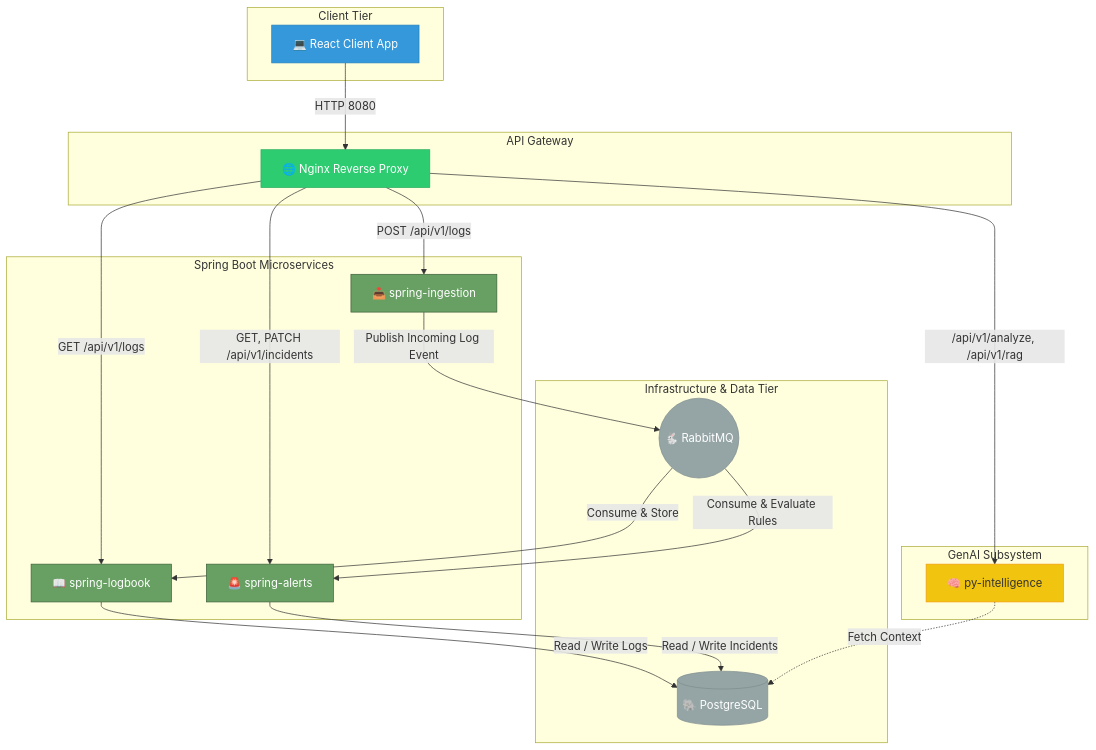
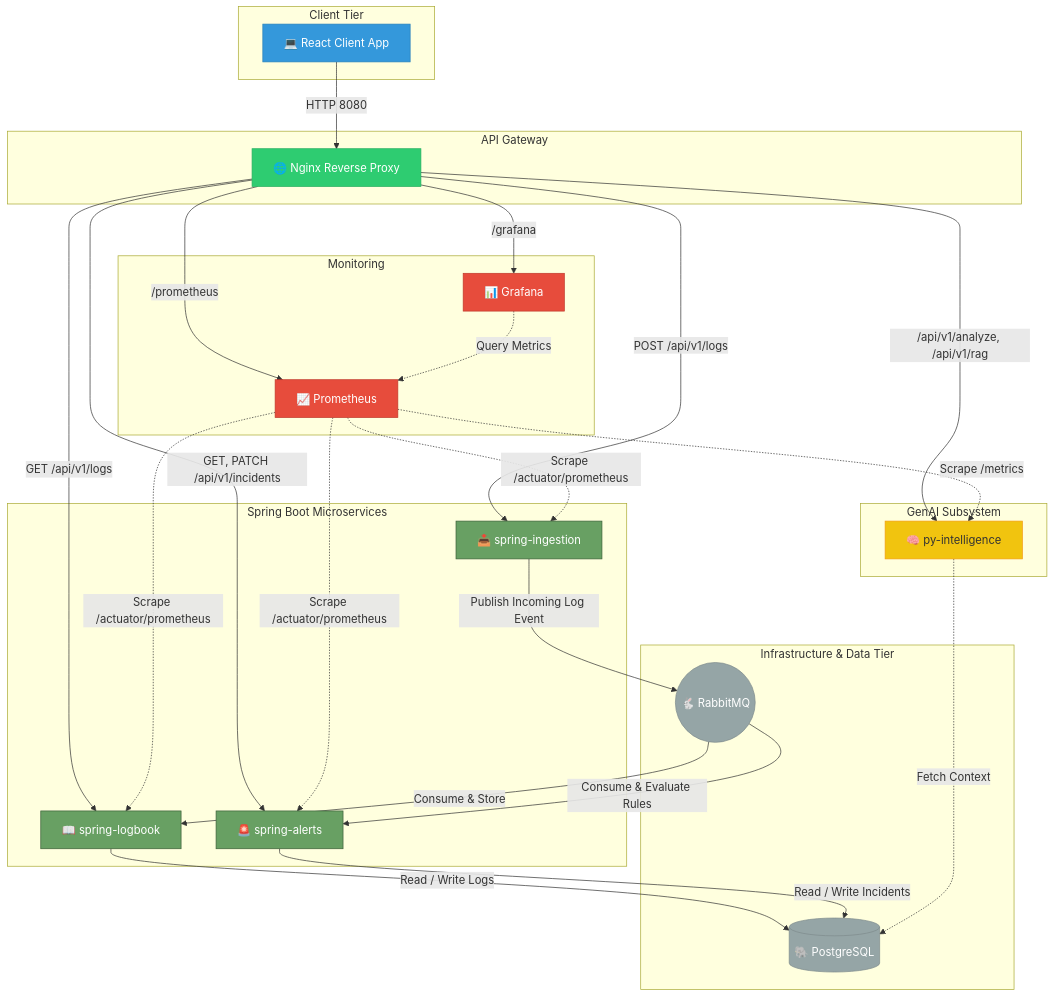
The diagram in docs/subsystem_diagram.md (AET-DevOps26/team-setops), drawn with Mermaid before and after one commit. The commit also changed 4 other files, not shown here.

````diff
--- a/docs/subsystem_diagram.md
+++ b/docs/subsystem_diagram.md
@@ -1,53 +1,68 @@
 ```mermaid
 graph TD
     %% Define Styles
     classDef client fill:#3498db,stroke:#2980b9,color:#fff
     classDef gateway fill:#2ecc71,stroke:#27ae60,color:#fff
     classDef spring fill:#68A063,stroke:#3b5f38,color:#fff
     classDef python fill:#f1c40f,stroke:#f39c12,color:#333
     classDef infra fill:#95a5a6,stroke:#7f8c8d,color:#fff
+    classDef monitoring fill:#e74c3c,stroke:#c0392b,color:#fff
 
     subgraph "Client Tier"
         UI[💻 React Client App]:::client
     end
 
     subgraph "API Gateway"
         Nginx[🌐 Nginx Reverse Proxy]:::gateway
     end
 
     subgraph "Spring Boot Microservices"
         Ingestion[📥 spring-ingestion]:::spring
         Logbook[📖 spring-logbook]:::spring
         Alerts[🚨 spring-alerts]:::spring
     end
 
     subgraph "GenAI Subsystem"
         PyIntel[🧠 py-intelligence]:::python
     end
 
     subgraph "Infrastructure & Data Tier"
         RMQ((🐇 RabbitMQ)):::infra
         DB[(🐘 PostgreSQL)]:::infra
     end
 
+    subgraph "Monitoring"
+        Prometheus[📈 Prometheus]:::monitoring
+        Grafana[📊 Grafana]:::monitoring
+    end
+
     %% External Traffic
     UI -->|HTTP 8080| Nginx
 
     %% Internal Routing
     Nginx -->|POST /api/v1/logs| Ingestion
     Nginx -->|GET /api/v1/logs| Logbook
     Nginx -->|GET, PATCH /api/v1/incidents| Alerts
     Nginx -->|/api/v1/analyze, /api/v1/rag| PyIntel
+    Nginx -->|/grafana| Grafana
+    Nginx -->|/prometheus| Prometheus
 
     %% Async Messaging
     Ingestion -->|Publish Incoming Log Event| RMQ
     RMQ -->|Consume & Store| Logbook
     RMQ -->|Consume & Evaluate Rules| Alerts
 
     %% Data Persistence
     Logbook -->|Read / Write Logs| DB
     Alerts -->|Read / Write Incidents| DB
 
     %% Cross-Service API calls (if any)
     PyIntel -.->|Fetch Context| DB
+
+    %% Monitoring
+    Prometheus -.->|Scrape /actuator/prometheus| Ingestion
+    Prometheus -.->|Scrape /actuator/prometheus| Logbook
+    Prometheus -.->|Scrape /actuator/prometheus| Alerts
+    Prometheus -.->|Scrape /metrics| PyIntel
+    Grafana -.->|Query Metrics| Prometheus
 ```
````
